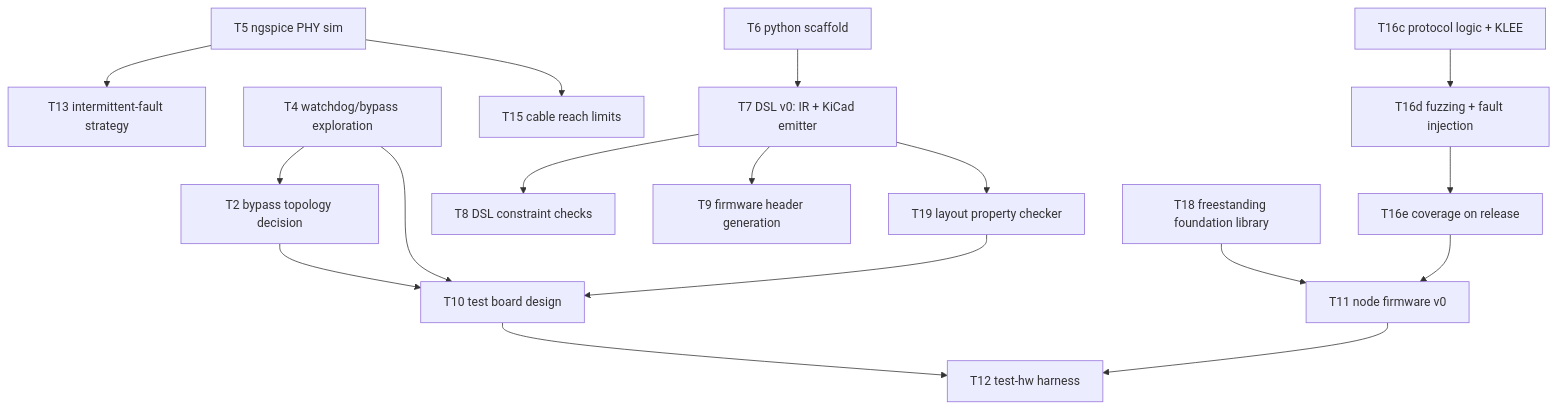
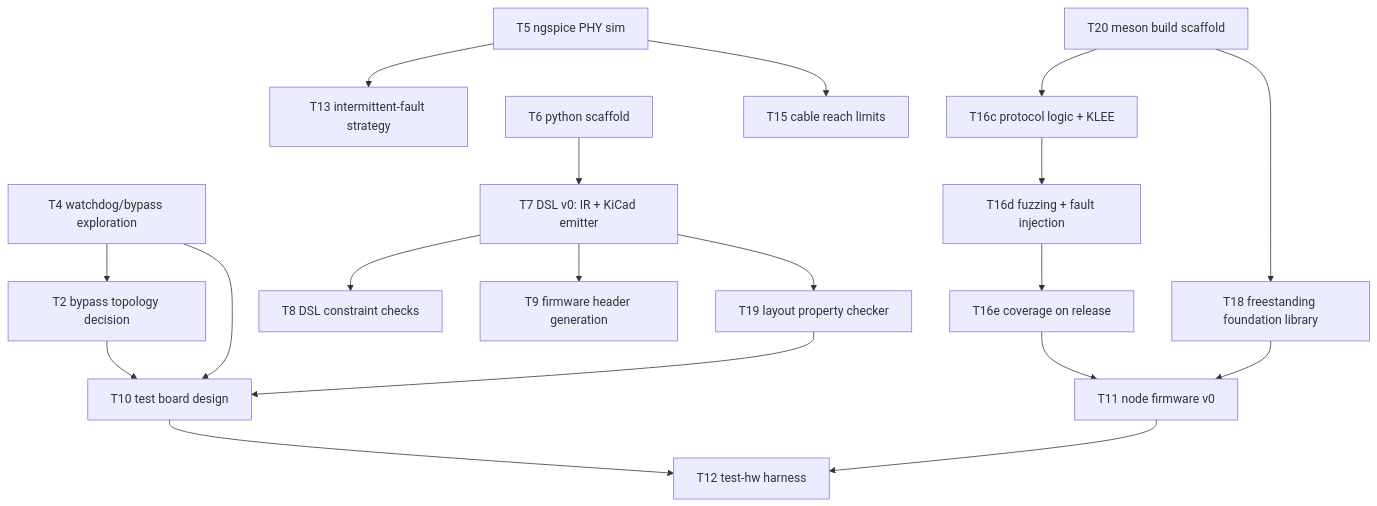
The diagram in KANBAN.md (kristofferkoch/oparroy), drawn with Mermaid before and after one commit. The commit also changed other lines of this file and 2 other files, not shown here.

First line of the commit message:
DESIGN: meson + ninja build system, bit-reproducible builds

````diff
--- a/KANBAN.md
+++ b/KANBAN.md
@@ -34,19 +34,21 @@
 ```mermaid
 graph TD
     T5[T5 ngspice PHY sim] --> T13[T13 intermittent-fault strategy]
     T4[T4 watchdog/bypass exploration] --> T2[T2 bypass topology decision]
     T2 --> T10[T10 test board design]
     T4 --> T10
     T19 --> T10
     T6[T6 python scaffold] --> T7[T7 DSL v0: IR + KiCad emitter]
     T7 --> T8[T8 DSL constraint checks]
     T7 --> T9[T9 firmware header generation]
     T7 --> T19[T19 layout property checker]
     T10 --> T12[T12 test-hw harness]
     T11 --> T12
     T5 --> T15[T15 cable reach limits]
     T16c[T16c protocol logic + KLEE] --> T16d[T16d fuzzing + fault injection]
     T16d --> T16e[T16e coverage on release]
     T16e --> T11[T11 node firmware v0]
     T18[T18 freestanding foundation library] --> T11
+    T20[T20 meson build scaffold] --> T16c
+    T20 --> T18
 ```
````
